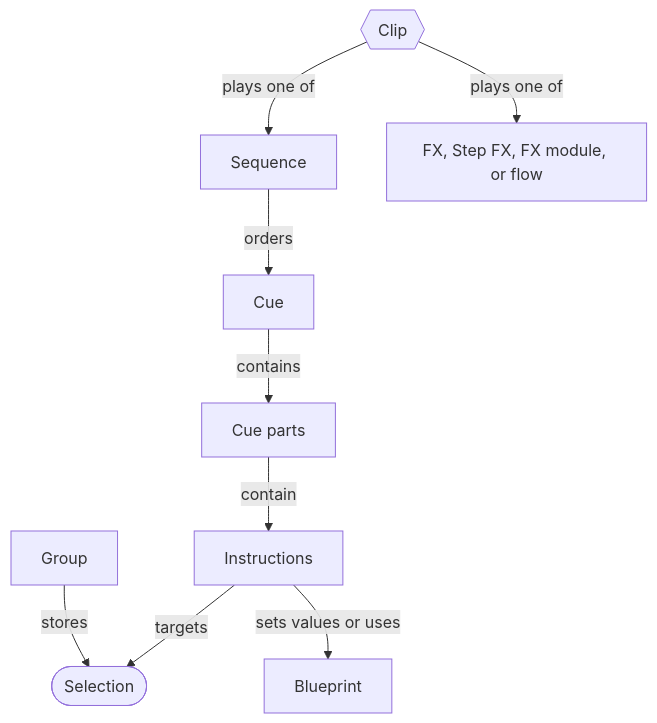
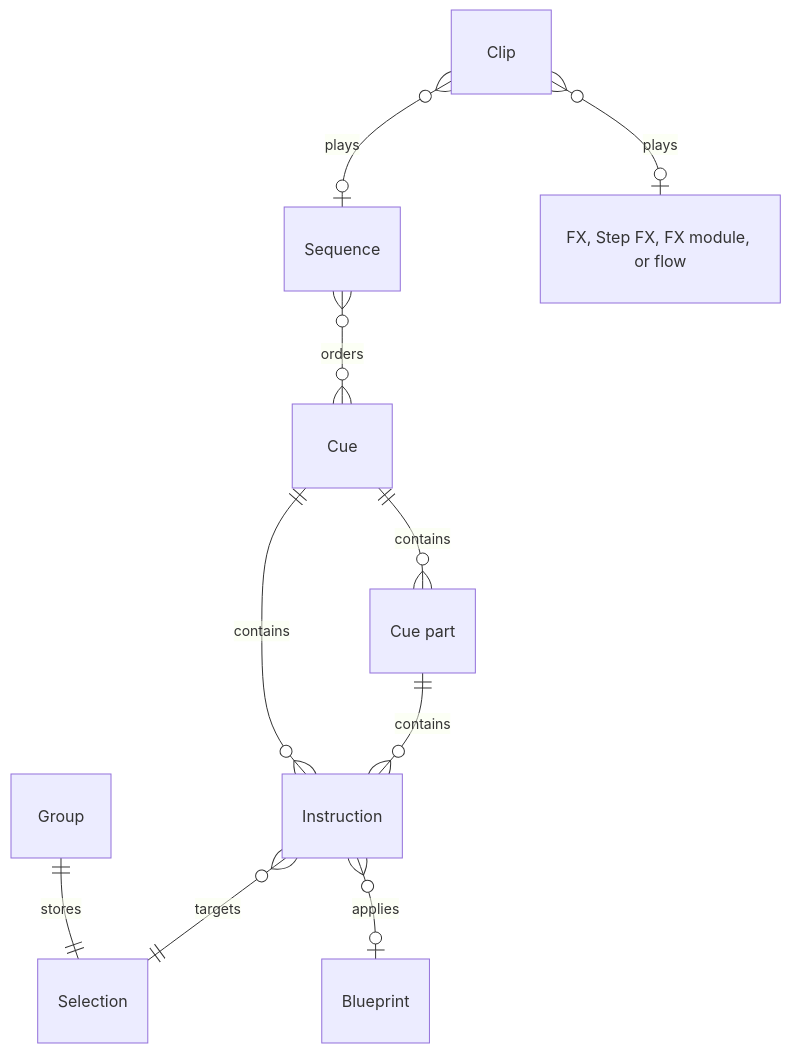
One commit to stewartadam/nightfall-lightdesk changed the second of 3 diagrams in docs/internal/src/concepts/concept-map.md. Above: the diagram before and after it, drawn with Mermaid. The commit also changed other lines of this file and 8 other files, not shown here.

````diff
--- a/docs/internal/src/concepts/concept-map.md
+++ b/docs/internal/src/concepts/concept-map.md
@@ -30,13 +38,23 @@
 ```mermaid
-flowchart TB
+erDiagram
   accTitle: Programming objects
-  accDescr: Groups store fixture selections. Cues hold instructions that apply values or blueprints to a selection. Sequences order cues. Clips play a sequence, FX, Step FX, FX module, or flow.
-  group[Group] -- stores --> selection([Selection])
-  cue[Cue] -- contains --> part[Cue parts]
-  part -- contain --> instruction[Instructions]
-  instruction -- targets --> selection
-  instruction -- sets values or uses --> blueprint[Blueprint]
-  sequence[Sequence] -- orders --> cue
-  clip{{Clip}} -- plays one of --> sequence
-  clip -- plays one of --> fx[FX, Step FX, FX module, or flow]
+  accDescr: A group stores one selection. A cue holds instructions directly and in zero or more cue parts. Each instruction targets one selection and either sets values or applies a blueprint. Sequences order cues. A clip plays one sequence, FX, Step FX, FX module, or flow.
+  group["Group"]
+  selection["Selection"]
+  cue["Cue"]
+  part["Cue part"]
+  instruction["Instruction"]
+  blueprint["Blueprint"]
+  sequence["Sequence"]
+  clip["Clip"]
+  fx["FX, Step FX, FX module, or flow"]
+  group ||--|| selection : stores
+  cue ||--o{ part : contains
+  cue ||--o{ instruction : contains
+  part ||--o{ instruction : contains
+  instruction }o--|| selection : targets
+  instruction }o--o| blueprint : applies
+  sequence }o--o{ cue : orders
+  clip }o--o| sequence : plays
+  clip }o--o| fx : plays
 ```
````
